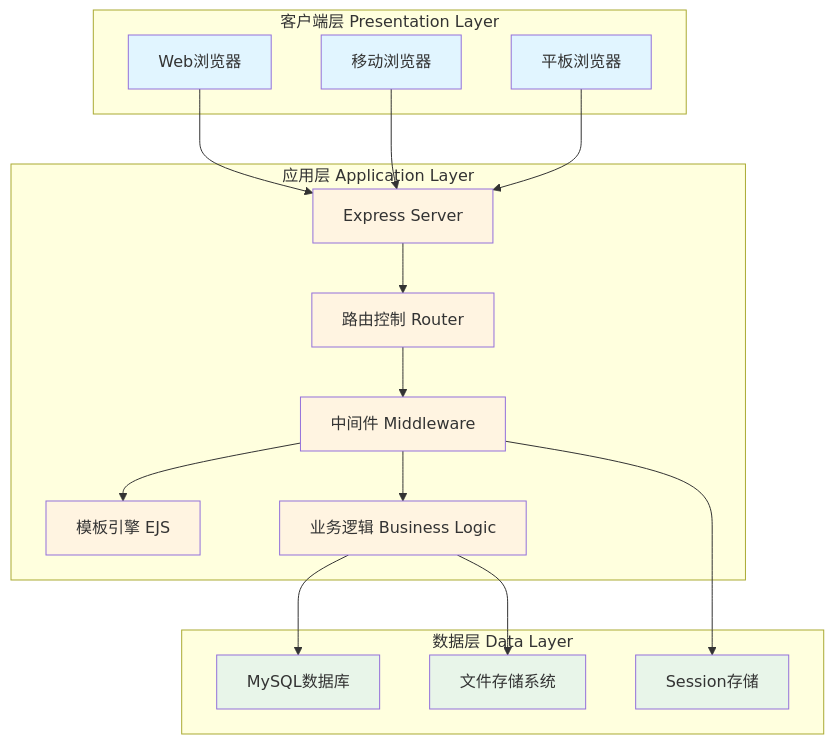
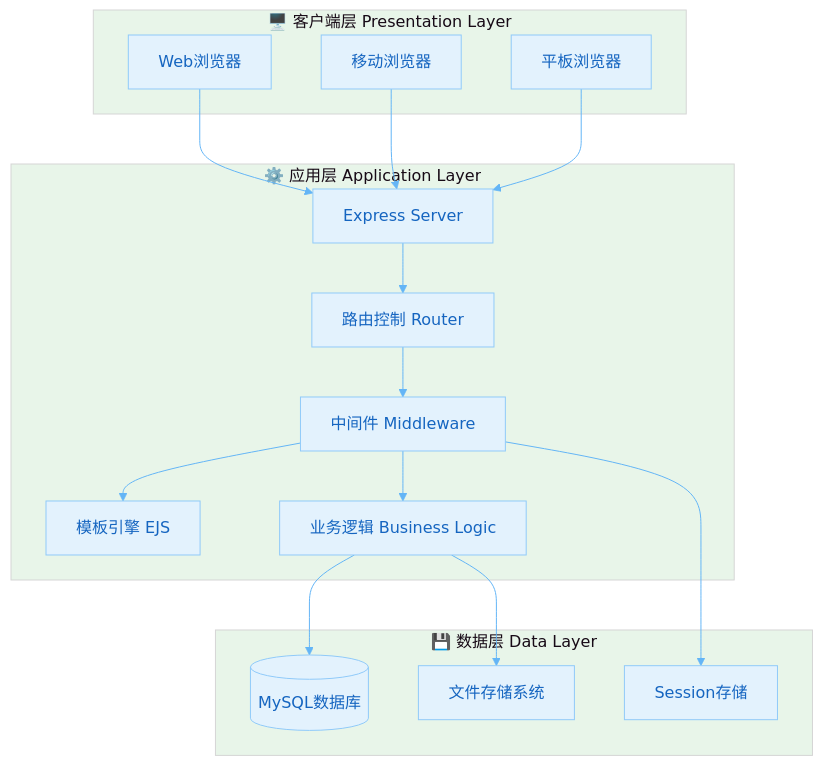
One commit to keyoshoin/movie-website changed the first of 18 diagrams in docs/架构设计.md. Above: the diagram before and after it, drawn with Mermaid. The commit also changed other lines of this file, not shown here.

````diff
--- a/docs/架构设计.md
+++ b/docs/架构设计.md
@@ -16,47 +16,36 @@
 ```mermaid
+%%{init: {'theme': 'base', 'themeVariables': { 'primaryColor': '#e3f2fd', 'primaryTextColor': '#1565c0', 'primaryBorderColor': '#90caf9', 'lineColor': '#64b5f6', 'secondaryColor': '#fff3e0', 'tertiaryColor': '#e8f5e9'}}}%%
 graph TB
-    subgraph "客户端层 Presentation Layer"
-        A1[Web浏览器]
-        A2[移动浏览器]
-        A3[平板浏览器]
+    subgraph client["🖥️ 客户端层 Presentation Layer"]
+        A1["Web浏览器"]
+        A2["移动浏览器"]
+        A3["平板浏览器"]
     end
     
-    subgraph "应用层 Application Layer"
-        B1[Express Server]
-        B2[路由控制 Router]
-        B3[中间件 Middleware]
-        B4[模板引擎 EJS]
-        B5[业务逻辑 Business Logic]
+    subgraph app["⚙️ 应用层 Application Layer"]
+        B1["Express Server"]
+        B2["路由控制 Router"]
+        B3["中间件 Middleware"]
+        B4["模板引擎 EJS"]
+        B5["业务逻辑 Business Logic"]
     end
     
-    subgraph "数据层 Data Layer"
-        C1[MySQL数据库]
-        C2[文件存储系统]
-        C3[Session存储]
+    subgraph data["💾 数据层 Data Layer"]
+        C1[("MySQL数据库")]
+        C2["文件存储系统"]
+        C3["Session存储"]
     end
     
     A1 --> B1
     A2 --> B1
     A3 --> B1
     
     B1 --> B2
     B2 --> B3
     B3 --> B4
     B3 --> B5
     
     B5 --> C1
     B5 --> C2
     B3 --> C3
-    
-    style A1 fill:#e1f5ff
-    style A2 fill:#e1f5ff
-    style A3 fill:#e1f5ff
-    style B1 fill:#fff4e1
-    style B2 fill:#fff4e1
-    style B3 fill:#fff4e1
-    style B4 fill:#fff4e1
-    style B5 fill:#fff4e1
-    style C1 fill:#e8f5e9
-    style C2 fill:#e8f5e9
-    style C3 fill:#e8f5e9
 ```
````
